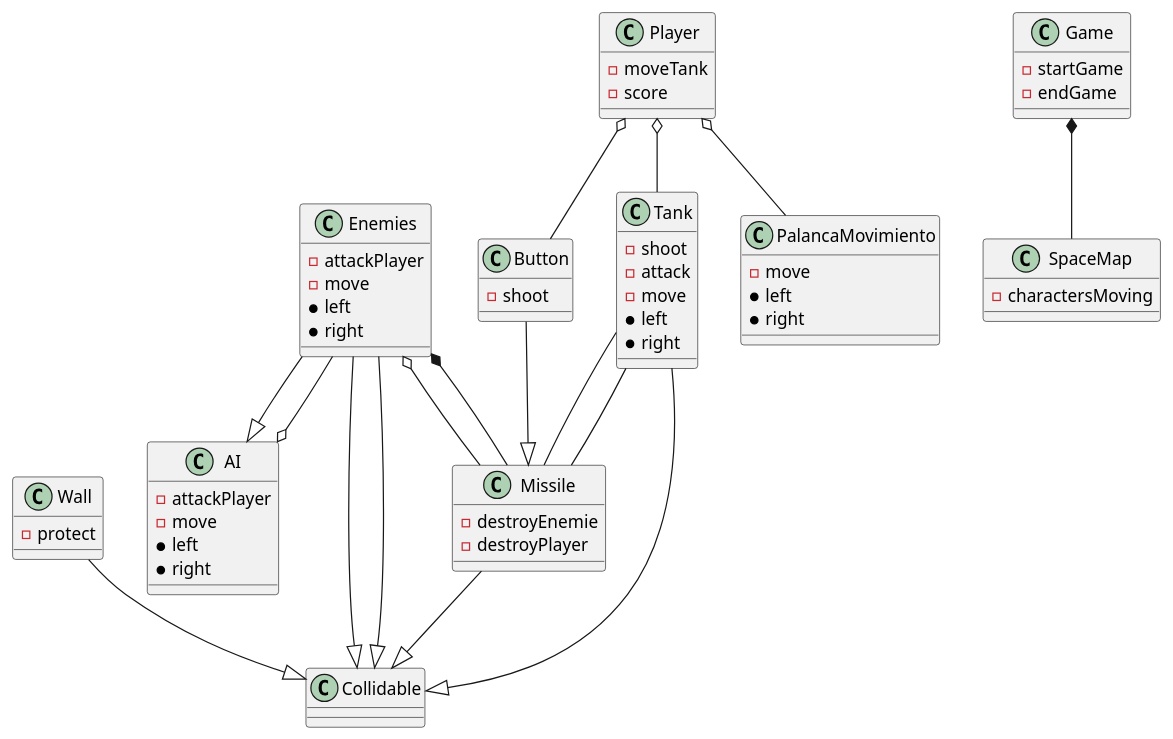
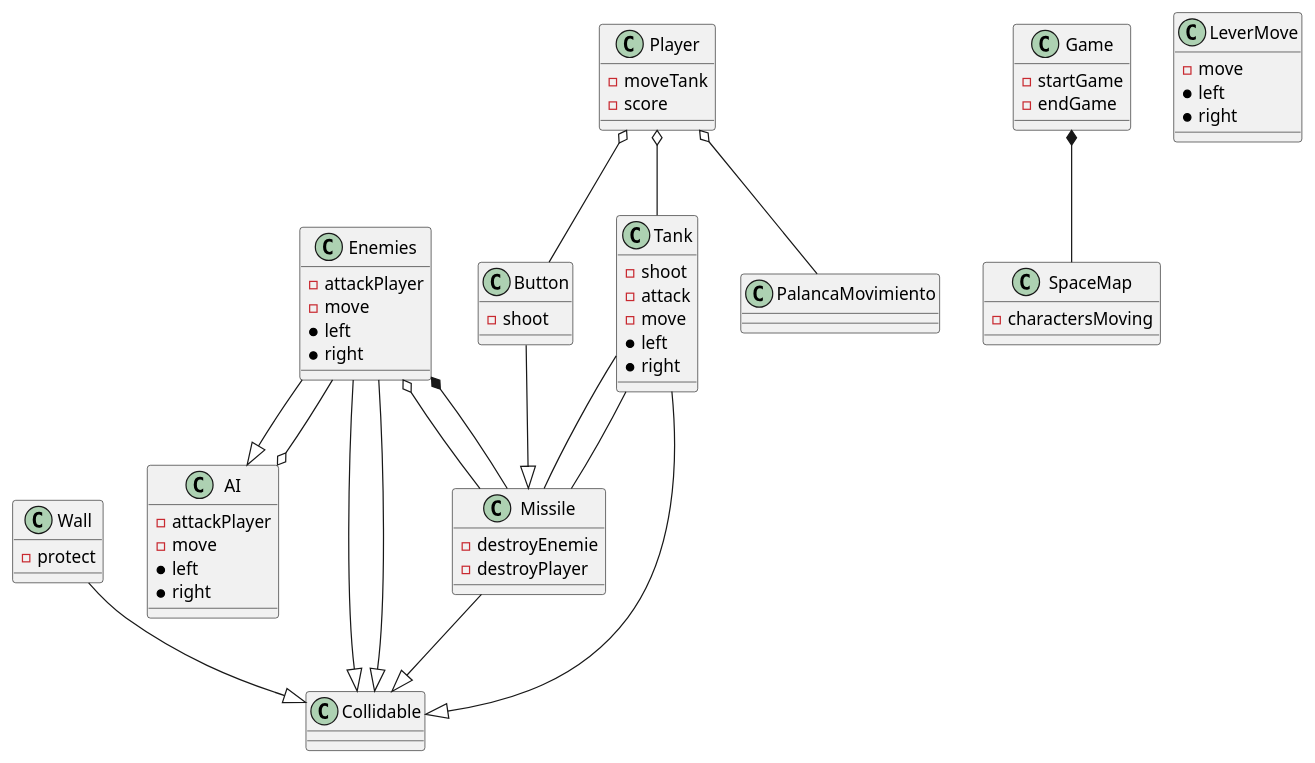
Before and after one commit to EduardoIsaacC/space_invaders: the diagram in docs/Space_Invaders.puml, drawn with PlantUML.

```diff
--- a/docs/Space_Invaders.puml
+++ b/docs/Space_Invaders.puml
@@ -1,65 +1,65 @@
 @startuml Space_Invaders
 class Game{
 - startGame
 - endGame
 }
 class Player{
 - moveTank
 - score
 }
 class AI{
 - attackPlayer
 - move
 * left
 * right
 }
 class Wall{
 - protect
 }
 class Tank {
 - shoot
 - attack
 - move
 *left
 *right
 }
 class Enemies{
 -attackPlayer
 -move
 *left
 *right
 }
 class Missile{
 -destroyEnemie
 -destroyPlayer
 }
 class Collidable 
 class Button{
 -shoot
 }
-class PalancaMovimiento{
+class LeverMove{
 -move
 *left
 *right
 }
 class SpaceMap{
     -charactersMoving
 }
 
 Player o-- Tank
 Wall --|> Collidable
 Missile --|> Collidable
 AI o-- Enemies
 Enemies o-- Missile
 Button --|> Missile
 Tank--  Missile
 Player o-- Button
 Enemies --|> Collidable
 Tank-|> Collidable
 Enemies --|> Collidable
 Tank-- Missile
 Enemies *--  Missile
 Enemies --|> AI
 Player o-- PalancaMovimiento
 Game *-- SpaceMap
 @enduml
```
